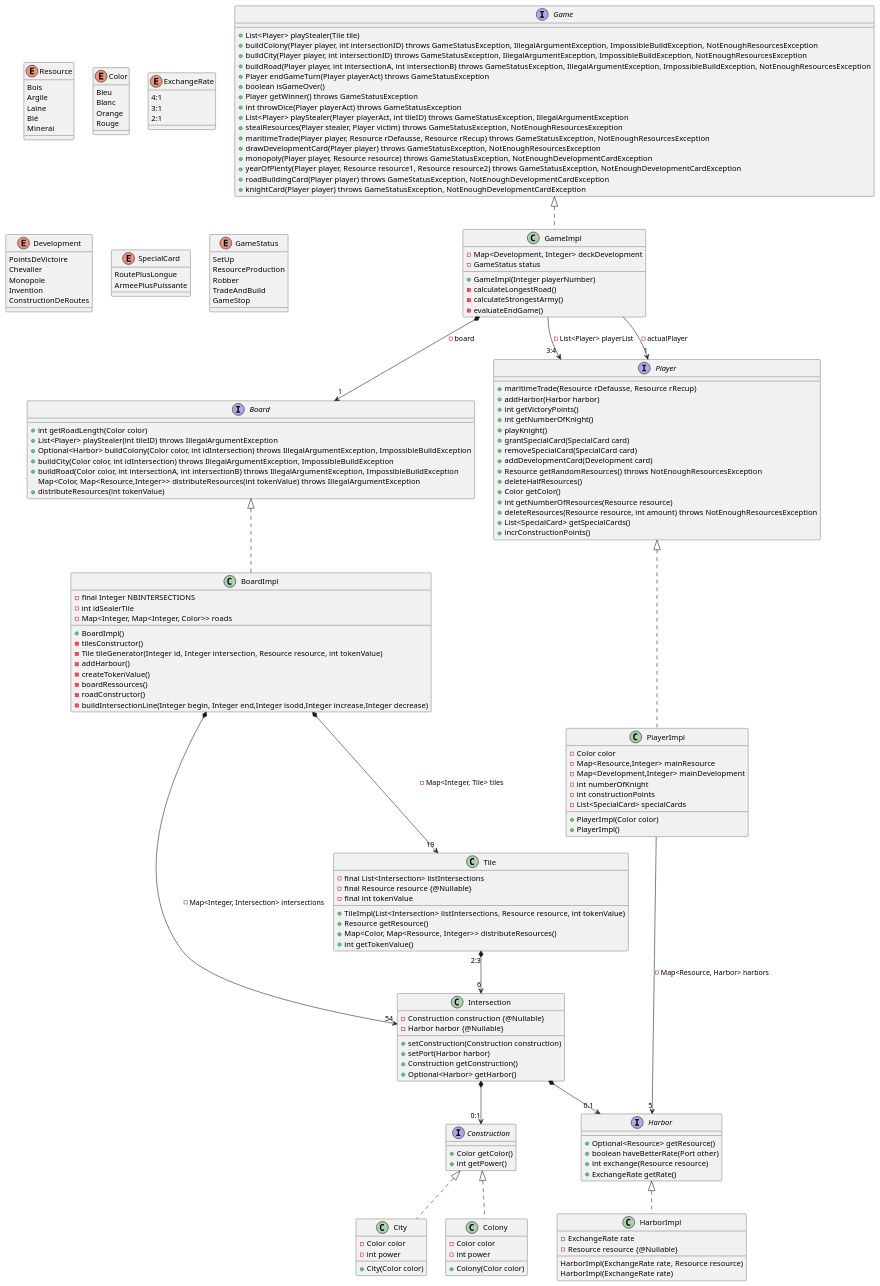
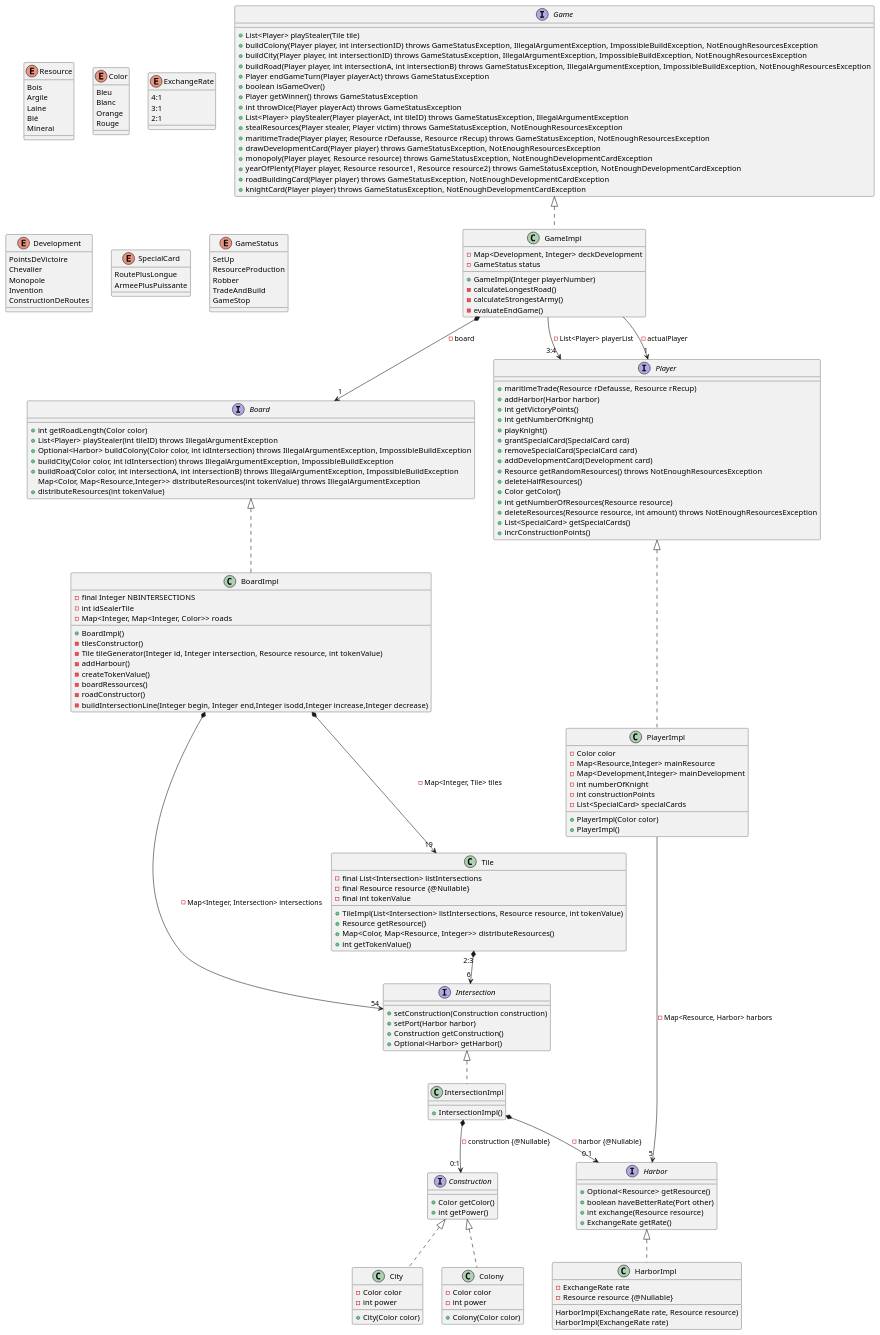
One commit to Lapin-Obez/colon_de_catane changed the diagram in catan-doc/modules/conception/examples/gameClassDiag.plantuml. Above: the diagram before and after it, drawn with PlantUML. The commit also changed 3 other files, not shown here.

Commit message:
Relecture Intersection : ajout de documentation, mis à jour de methods.adoc et diagramme de classe

```diff
--- a/catan-doc/modules/conception/examples/gameClassDiag.plantuml
+++ b/catan-doc/modules/conception/examples/gameClassDiag.plantuml
@@ -121,14 +121,15 @@
     + int getTokenValue()
 }
 
-class Intersection{
-    - Construction construction {@Nullable}
-    - Harbor harbor {@Nullable}
-
+interface Intersection {
     + setConstruction(Construction construction)
     + setPort(Harbor harbor)
     + Construction getConstruction()
     + Optional<Harbor> getHarbor()
+}
+
+class IntersectionImpl {
+    + IntersectionImpl()
 }
 
 interface Player {
@@ -184,6 +185,7 @@
 class GameImpl implements Game
 class PlayerImpl implements Player
 class HarborImpl implements Harbor
+class IntersectionImpl implements Intersection
 
 class City implements Construction
 class Colony implements Construction
@@ -193,9 +195,9 @@
 BoardImpl *--> "54" Intersection : - Map<Integer, Intersection> intersections
 
 Tile "2:3" *-->"6" Intersection
-Intersection *--> "0:1" Construction
+IntersectionImpl *--> "0:1" Construction : - construction {@Nullable}
 
-Intersection *--> "0.1" Harbor
+IntersectionImpl *--> "0.1" Harbor : - harbor {@Nullable}
 
 GameImpl --> "3:4" Player : - List<Player> playerList
 GameImpl --> "1" Player : - actualPlayer
```
